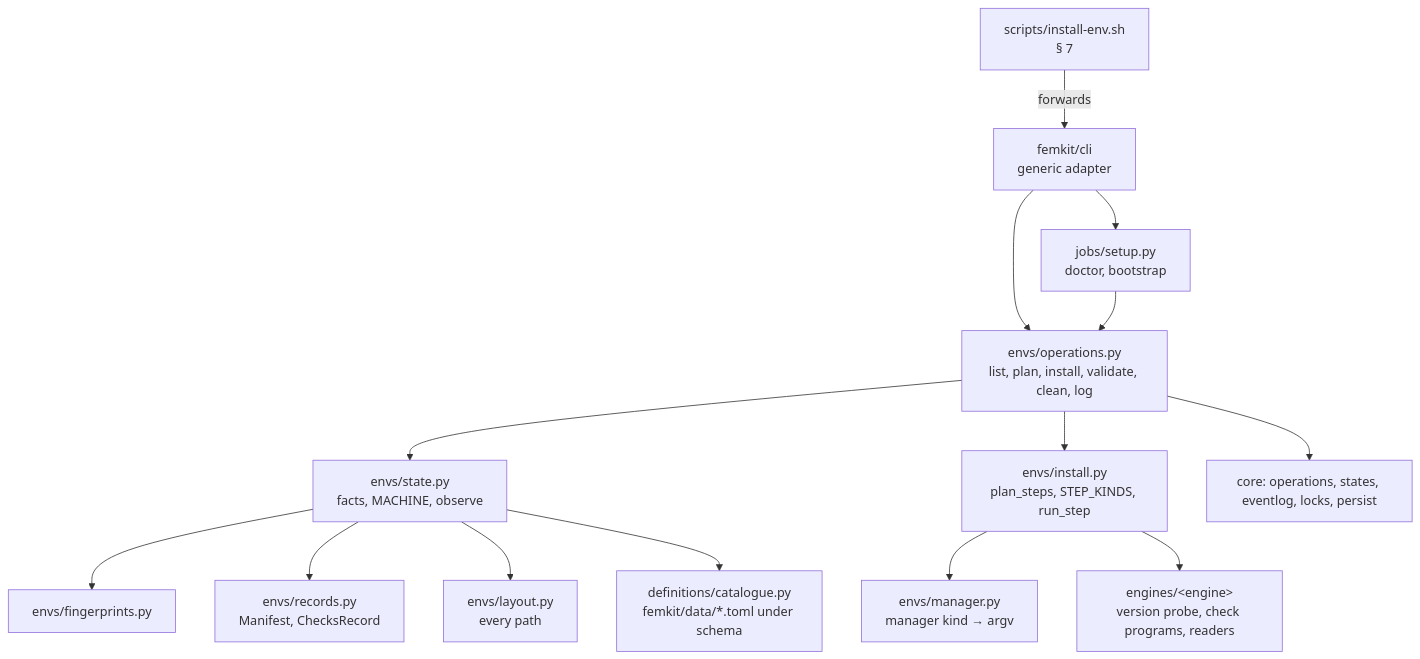
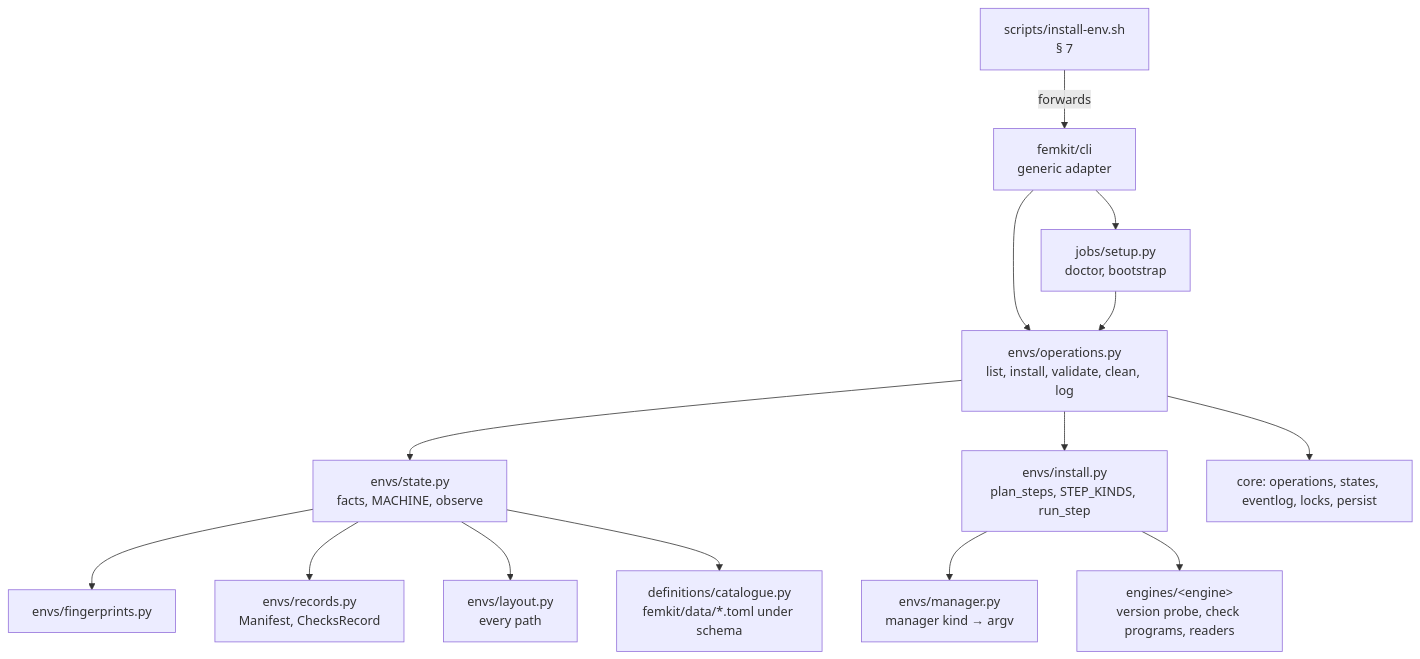
Diagram 11 of 11 in docs/contracts/envs.md (Qing-LAB/femkit), drawn with Mermaid before and after one commit. The commit also changed other lines of this file and 188 other files, not shown here.

````diff
--- a/docs/contracts/envs.md
+++ b/docs/contracts/envs.md
@@ -774,16 +786,16 @@
 ```mermaid
 flowchart TD
     sh["scripts/install-env.sh<br/>§ 7"] -->|forwards| cli["femkit/cli<br/>generic adapter"]
-    cli --> ops["envs/operations.py<br/>list, plan, install, validate, clean, log"]
+    cli --> ops["envs/operations.py<br/>list, install, validate, clean, log"]
     cli --> setup["jobs/setup.py<br/>doctor, bootstrap"]
     setup --> ops
     ops --> state["envs/state.py<br/>facts, MACHINE, observe"]
     ops --> inst["envs/install.py<br/>plan_steps, STEP_KINDS, run_step"]
     state --> fp["envs/fingerprints.py"]
     state --> rec["envs/records.py<br/>Manifest, ChecksRecord"]
     state --> lay["envs/layout.py<br/>every path"]
     inst --> mgr["envs/manager.py<br/>manager kind → argv"]
     inst --> eng["engines/&lt;engine&gt;<br/>version probe, check programs, readers"]
     state --> cat["definitions/catalogue.py<br/>femkit/data/*.toml under schema"]
     ops --> core["core: operations, states, eventlog, locks, persist"]
 ```
````
